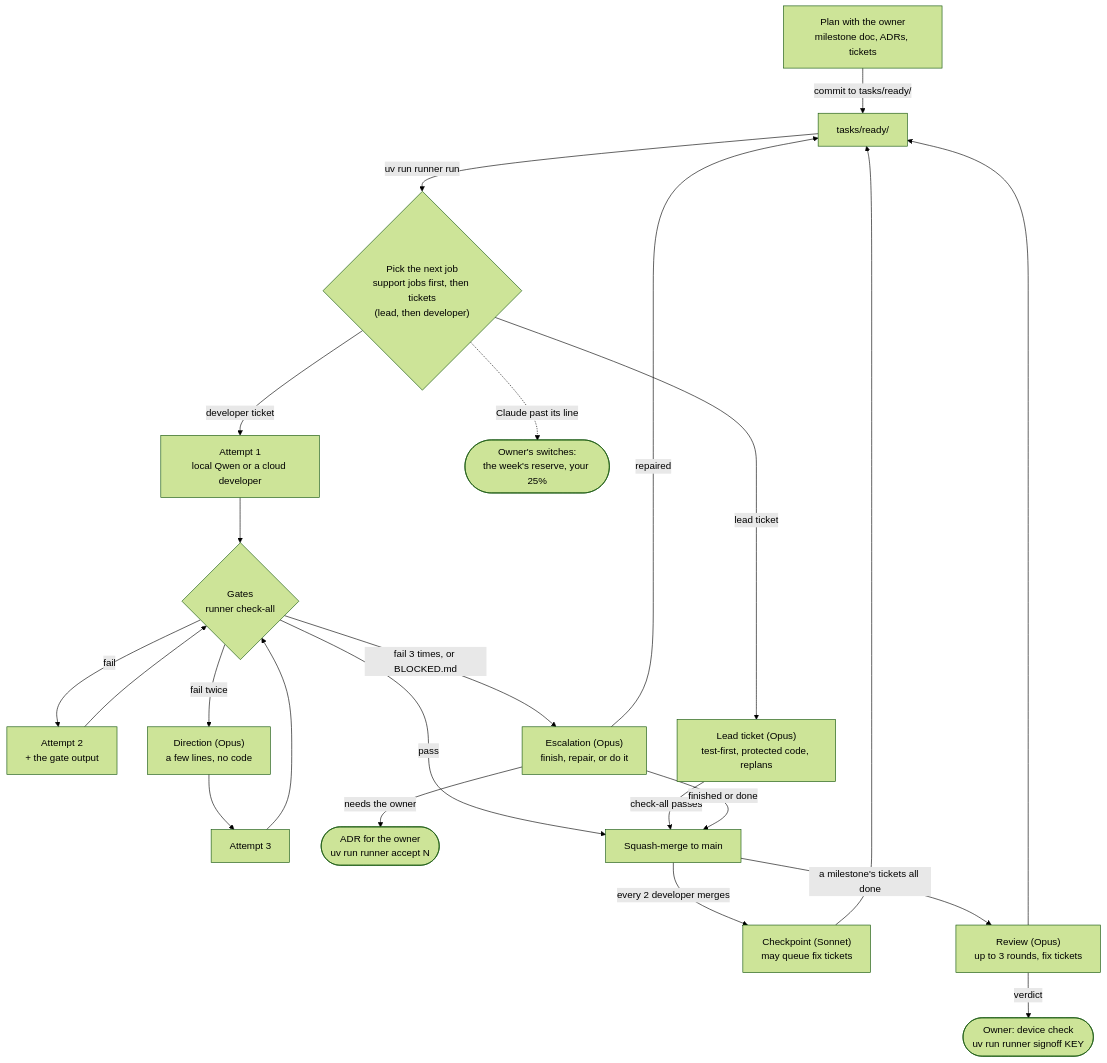
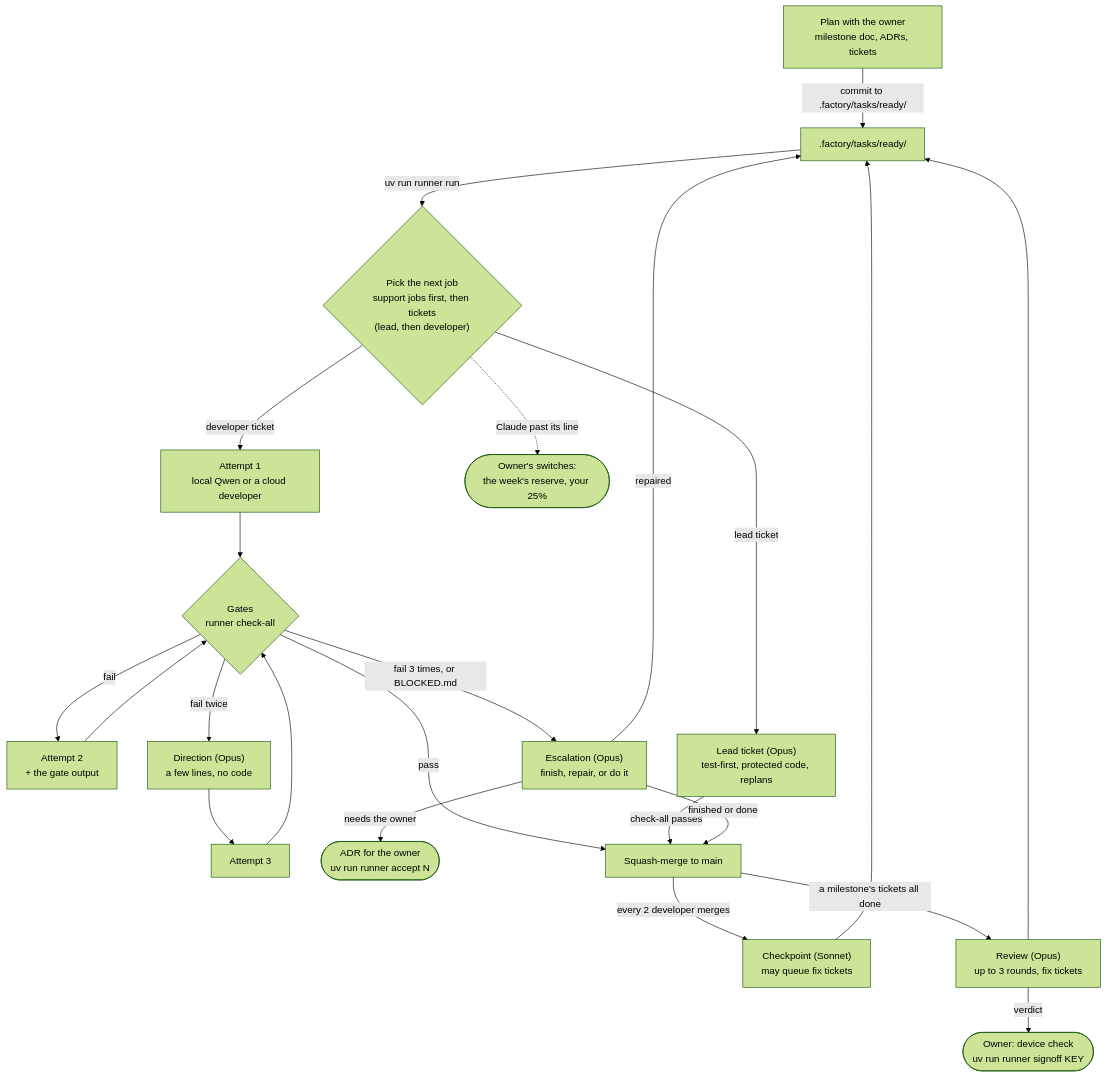
The diagram in docs/how-it-works.md (epayet/softfield), drawn with Mermaid (forest theme) before and after one commit. The commit also changed other lines of this file and 975 other files, not shown here.

````diff
--- a/docs/how-it-works.md
+++ b/docs/how-it-works.md
@@ -7,25 +7,25 @@
 ```mermaid
 flowchart TD
-  plan["Plan with the owner<br/>milestone doc, ADRs, tickets"] -->|"commit to tasks/ready/"| ready["tasks/ready/"]
+  plan["Plan with the owner<br/>milestone doc, ADRs, tickets"] -->|"commit to .factory/tasks/ready/"| ready[".factory/tasks/ready/"]
   ready -->|"uv run runner run"| pick{"Pick the next job<br/>support jobs first, then tickets<br/>(lead, then developer)"}
   pick -->|"developer ticket"| a1["Attempt 1<br/>local Qwen or a cloud developer"]
   a1 --> gates{"Gates<br/>runner check-all"}
   gates -->|fail| a2["Attempt 2<br/>+ the gate output"]
   a2 --> gates
   gates -->|"fail twice"| dir["Direction (Opus)<br/>a few lines, no code"]
   dir --> a3["Attempt 3"]
   a3 --> gates
   gates -->|"fail 3 times, or BLOCKED.md"| esc["Escalation (Opus)<br/>finish, repair, or do it"]
   esc -->|"repaired"| ready
   esc -->|"needs the owner"| adr(["ADR for the owner<br/>uv run runner accept N"])
   pick -->|"lead ticket"| lead["Lead ticket (Opus)<br/>test-first, protected code, replans"]
   gates -->|pass| merge["Squash-merge to main"]
   lead -->|"check-all passes"| merge
   esc -->|"finished or done"| merge
   merge -->|"every 2 developer merges"| cp["Checkpoint (Sonnet)<br/>may queue fix tickets"]
   cp --> ready
   merge -->|"a milestone's tickets all done"| review["Review (Opus)<br/>up to 3 rounds, fix tickets"]
   review --> ready
   review -->|"verdict"| signoff(["Owner: device check<br/>uv run runner signoff KEY"])
   pick -.->|"Claude past its line"| reserve(["Owner's switches:<br/>the week's reserve, your 25%"])
 ```
````
